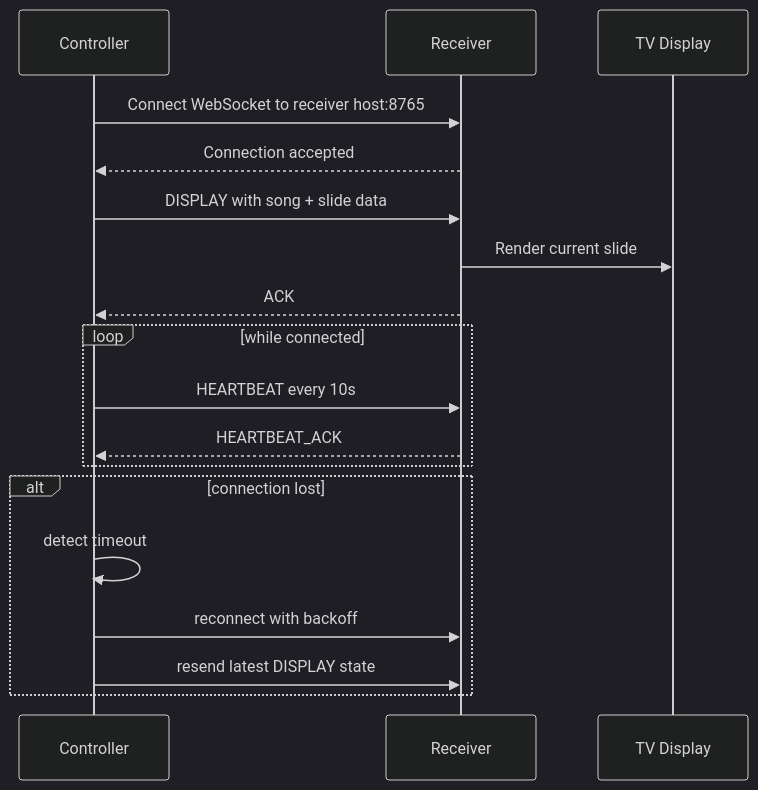
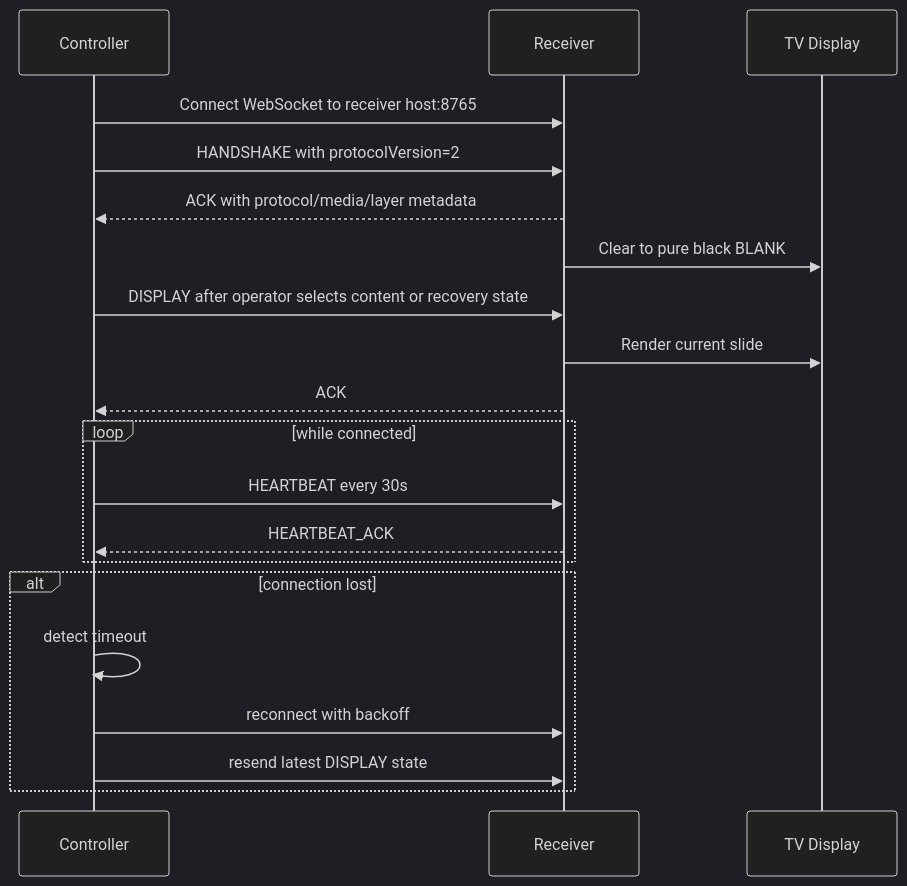
Before and after one commit to kratostheslayerofgod-cell/LyricsPresenter: the second of 5 diagrams in PROTOCOL.md, drawn with Mermaid (dark theme). The commit also changed other lines of this file and 29 other files, not shown here.

````diff
--- a/PROTOCOL.md
+++ b/PROTOCOL.md
@@ -22,23 +65,25 @@
 ```mermaid
 sequenceDiagram
     participant C as Controller
     participant R as Receiver
     participant T as TV Display
 
     C->>R: Connect WebSocket to receiver host:8765
-    R-->>C: Connection accepted
-    C->>R: DISPLAY with song + slide data
+    C->>R: HANDSHAKE with protocolVersion=2
+    R-->>C: ACK with protocol/media/layer metadata
+    R->>T: Clear to pure black BLANK
+    C->>R: DISPLAY after operator selects content or recovery state
     R->>T: Render current slide
     R-->>C: ACK
 
     loop while connected
-        C->>R: HEARTBEAT every 10s
+        C->>R: HEARTBEAT every 30s
         R-->>C: HEARTBEAT_ACK
     end
 
     alt connection lost
         C->>C: detect timeout
         C->>R: reconnect with backoff
         C->>R: resend latest DISPLAY state
     end
 ```
````
